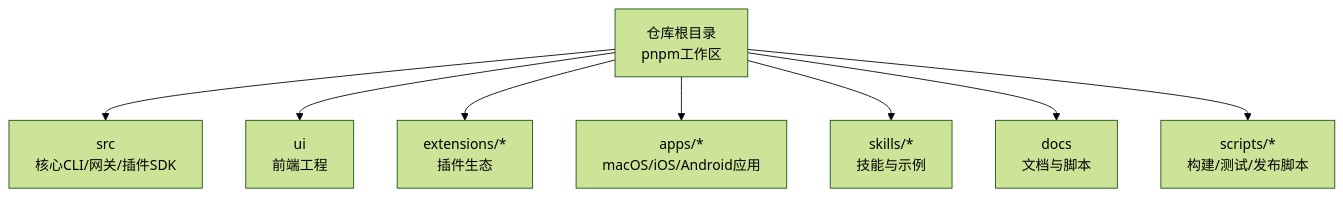
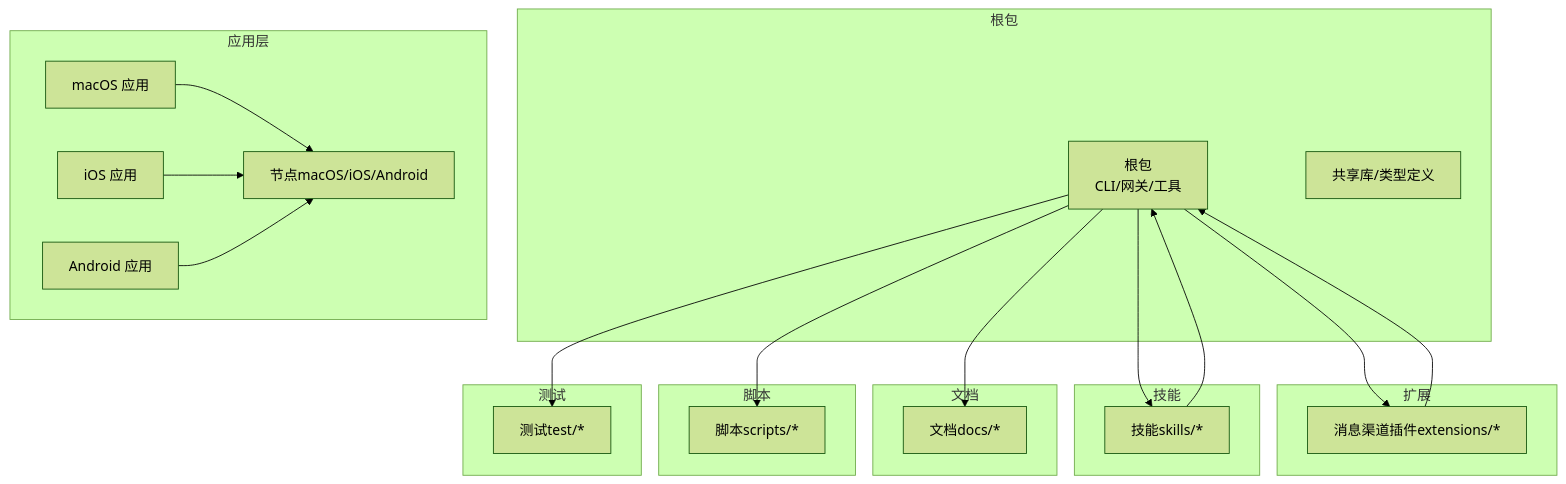
The first of 6 diagrams in repowiki/zh/content/开发者指南/开发者指南.md (botx-work/OpenClaw-Internals), drawn with Mermaid (forest theme) before and after one commit. The commit also changed other lines of this file and 542 other files, not shown here.

````diff
--- a/repowiki/zh/content/开发者指南/开发者指南.md
+++ b/repowiki/zh/content/开发者指南/开发者指南.md
@@ -45,10 +48,38 @@
 ```mermaid
 graph TB
-Root["仓库根目录<br/>pnpm工作区"] --> Src["src<br/>核心CLI/网关/插件SDK"]
-Root --> UI["ui<br/>前端工程"]
-Root --> Ext["extensions/*<br/>插件生态"]
-Root --> Apps["apps/*<br/>macOS/iOS/Android应用"]
-Root --> Skills["skills/*<br/>技能与示例"]
-Root --> Docs["docs<br/>文档与脚本"]
-Root --> Scripts["scripts/*<br/>构建/测试/发布脚本"]
+subgraph "根包"
+Root["根包<br/>CLI/网关/工具"]
+Shared["共享库/类型定义"]
+end
+subgraph "应用层"
+Mac["macOS 应用"]
+iOS["iOS 应用"]
+Android["Android 应用"]
+Nodes["节点macOS/iOS/Android"]
+end
+subgraph "扩展"
+Ext["消息渠道插件extensions/*"]
+end
+subgraph "技能"
+Skills["技能skills/*"]
+end
+subgraph "文档"
+Docs["文档docs/*"]
+end
+subgraph "脚本"
+Scripts["脚本scripts/*"]
+end
+subgraph "测试"
+Test["测试test/*"]
+end
+Root --> Ext
+Root --> Skills
+Root --> Docs
+Root --> Scripts
+Root --> Test
+Mac --> Nodes
+iOS --> Nodes
+Android --> Nodes
+Ext --> Root
+Skills --> Root
 ```
````
